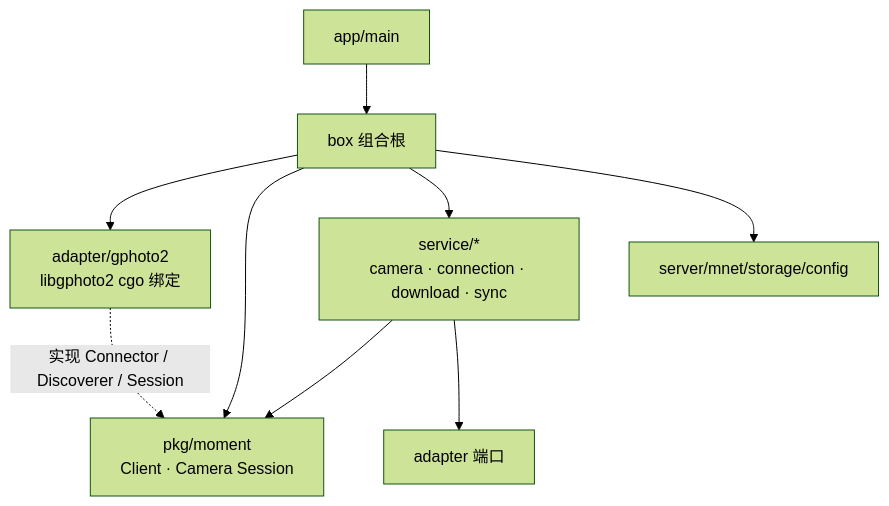
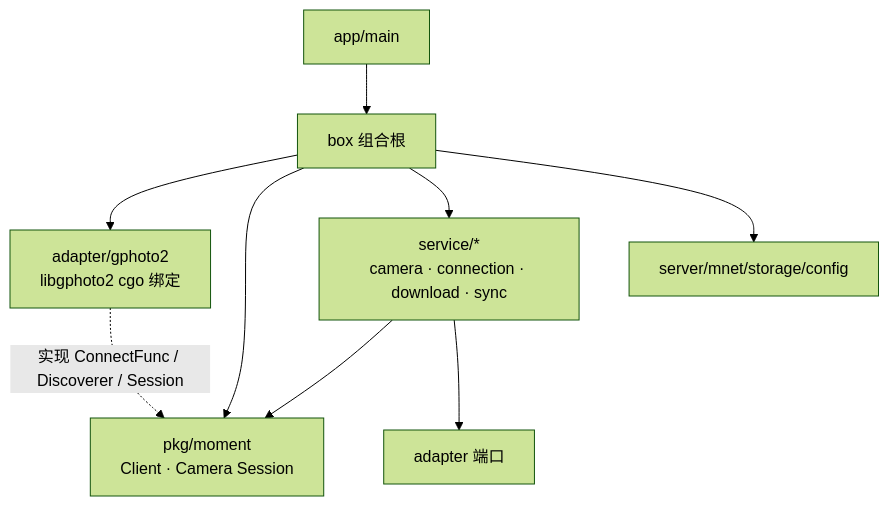
Before and after one commit to zviex/moment-go: the first of 2 diagrams in README.md, drawn with Mermaid (forest theme). The commit also changed other lines of this file and 16 other files, not shown here.

````diff
--- a/README.md
+++ b/README.md
@@ -19,11 +19,11 @@
 ```mermaid
 graph TD
     A[app/main] --> B[box 组合根]
     B --> C[adapter/gphoto2<br/>libgphoto2 cgo 绑定]
     B --> D[pkg/moment<br/>Client · Camera Session]
     B --> E[service/*<br/>camera · connection · download · sync]
     B --> F[server/mnet/storage/config]
     E --> D
     E --> G[adapter 端口]
-    C -. 实现 Connector / Discoverer / Session .-> D
+    C -. 实现 ConnectFunc / Discoverer / Session .-> D
 ```
````
